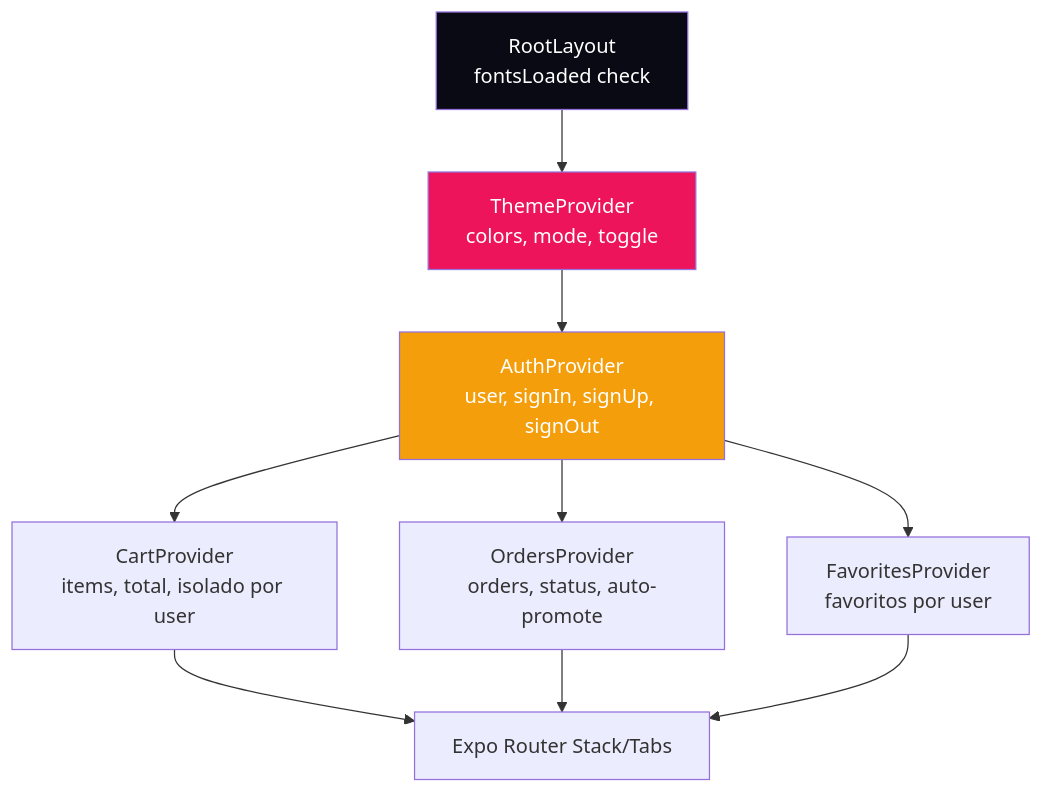
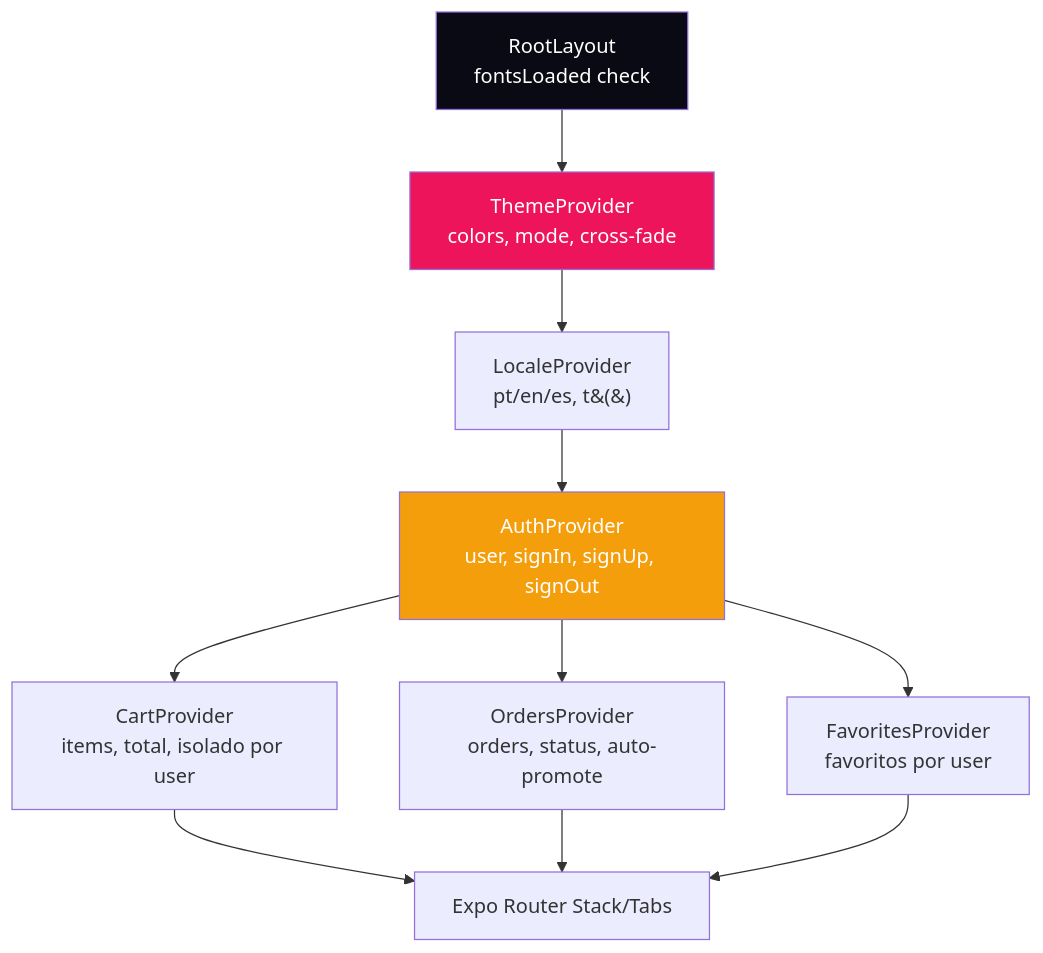
The second of 8 diagrams in README.md (jota0802/fiap-mdi-cp2-cantina-app), drawn with Mermaid before and after one commit. The commit also changed other lines of this file, not shown here.

First line of the commit message:
docs(readme): documenta cross-fade e i18n; remove proximos passos

````diff
--- a/README.md
+++ b/README.md
@@ -214,16 +213,17 @@
 ```mermaid
 graph TD
     Root[RootLayout<br/>fontsLoaded check]
-    Root --> Theme[ThemeProvider<br/>colors, mode, toggle]
-    Theme --> Auth[AuthProvider<br/>user, signIn, signUp, signOut]
+    Root --> Theme[ThemeProvider<br/>colors, mode, cross-fade]
+    Theme --> Locale[LocaleProvider<br/>pt/en/es, t&#40;&#41;]
+    Locale --> Auth[AuthProvider<br/>user, signIn, signUp, signOut]
     Auth --> Cart[CartProvider<br/>items, total, isolado por user]
     Auth --> Orders[OrdersProvider<br/>orders, status, auto-promote]
     Auth --> Fav[FavoritesProvider<br/>favoritos por user]
     Cart --> Stack[Expo Router Stack/Tabs]
     Orders --> Stack
     Fav --> Stack
 
     style Root fill:#0A0A14,color:#FFF
     style Theme fill:#ED145B,color:#FFF
     style Auth fill:#F59E0B,color:#FFF
 ```
````
